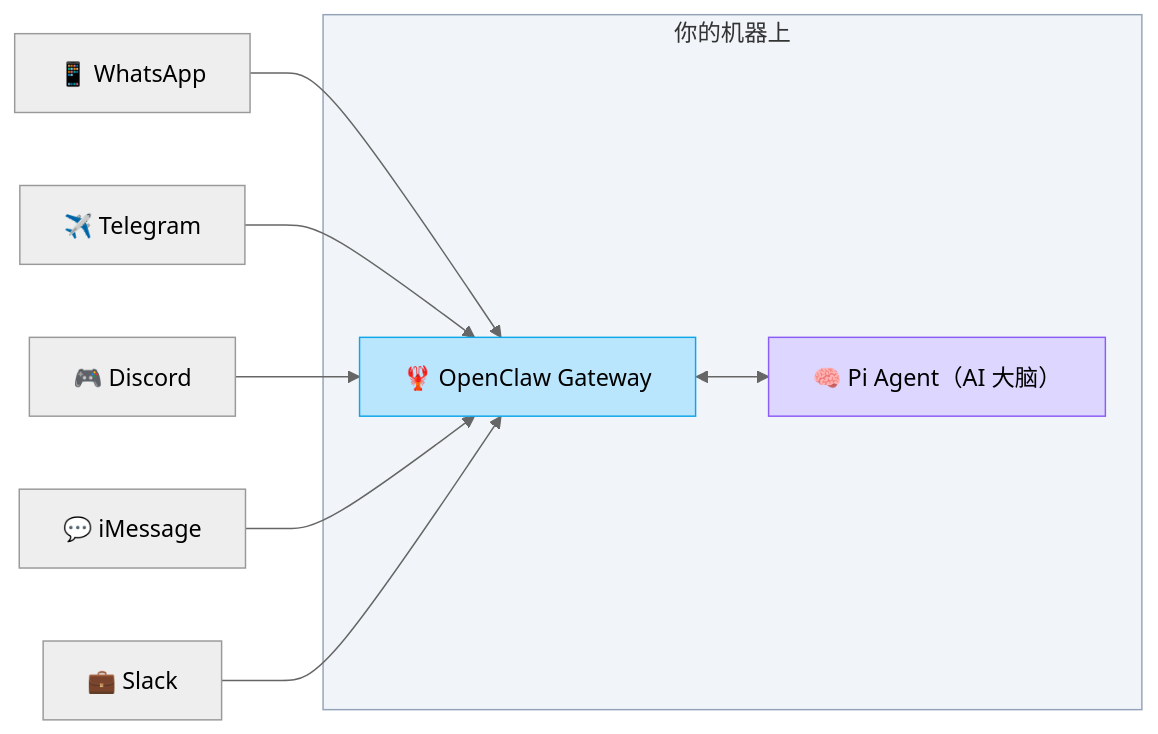
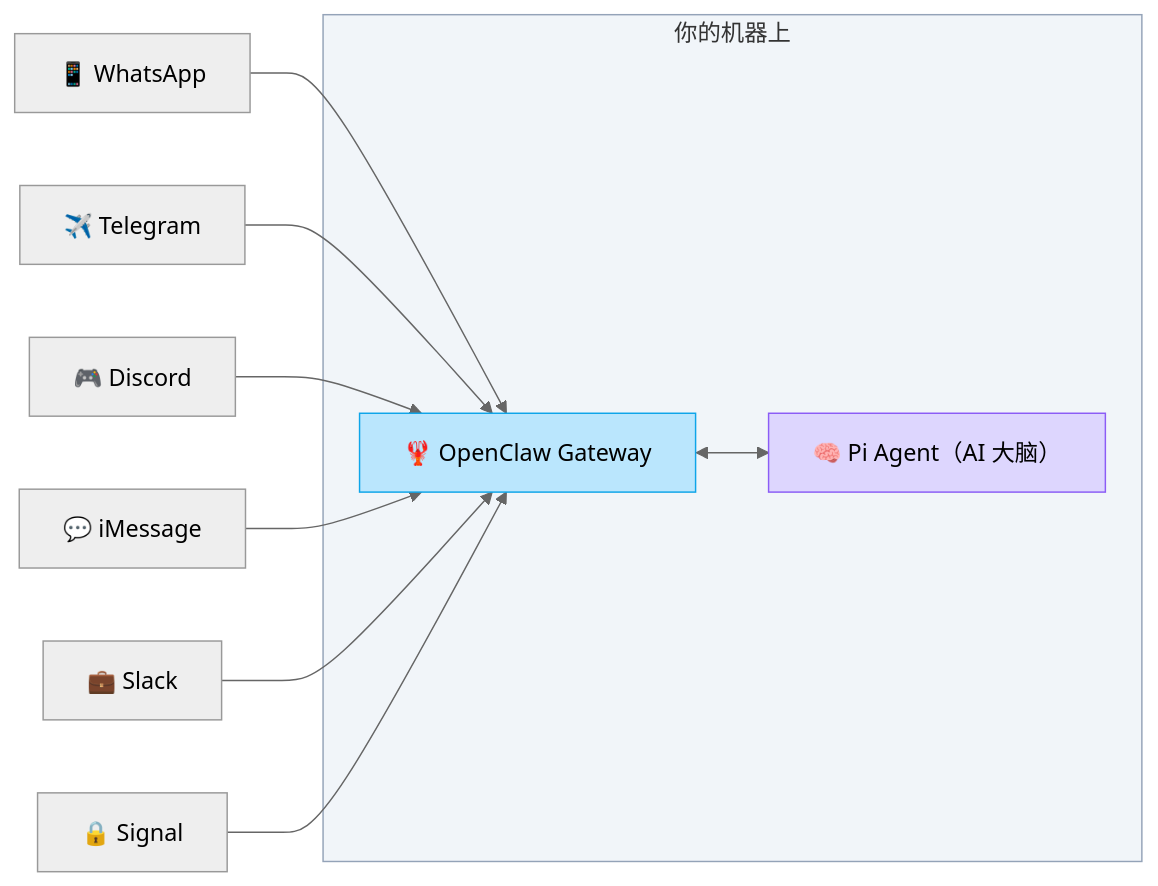
Before and after one commit to shinegz/Notes: the first of 23 diagrams in AI/openClaw/OpenClaw从零认知.md, drawn with Mermaid (neutral theme). The commit also changed other lines of this file and 4 other files, not shown here.

````diff
--- a/AI/openClaw/OpenClaw从零认知.md
+++ b/AI/openClaw/OpenClaw从零认知.md
@@ -120,24 +120,26 @@
 ```mermaid
 flowchart LR
   WA["📱 WhatsApp"]
   TG["✈️ Telegram"]
   DC["🎮 Discord"]
   IM["💬 iMessage"]
   SL["💼 Slack"]
+  SIG3["🔒 Signal"]
 
   subgraph gw["你的机器上"]
     GW["🦞 OpenClaw Gateway"]
     PI["🧠 Pi Agent（AI 大脑）"]
     GW <--> PI
   end
 
   WA --> GW
   TG --> GW
   DC --> GW
   IM --> GW
   SL --> GW
+  SIG3 --> GW
 
   style gw fill:#f1f5f9,stroke:#94a3b8
   style GW fill:#bae6fd,stroke:#0ea5e9
   style PI fill:#ddd6fe,stroke:#8b5cf6
 ```
````
